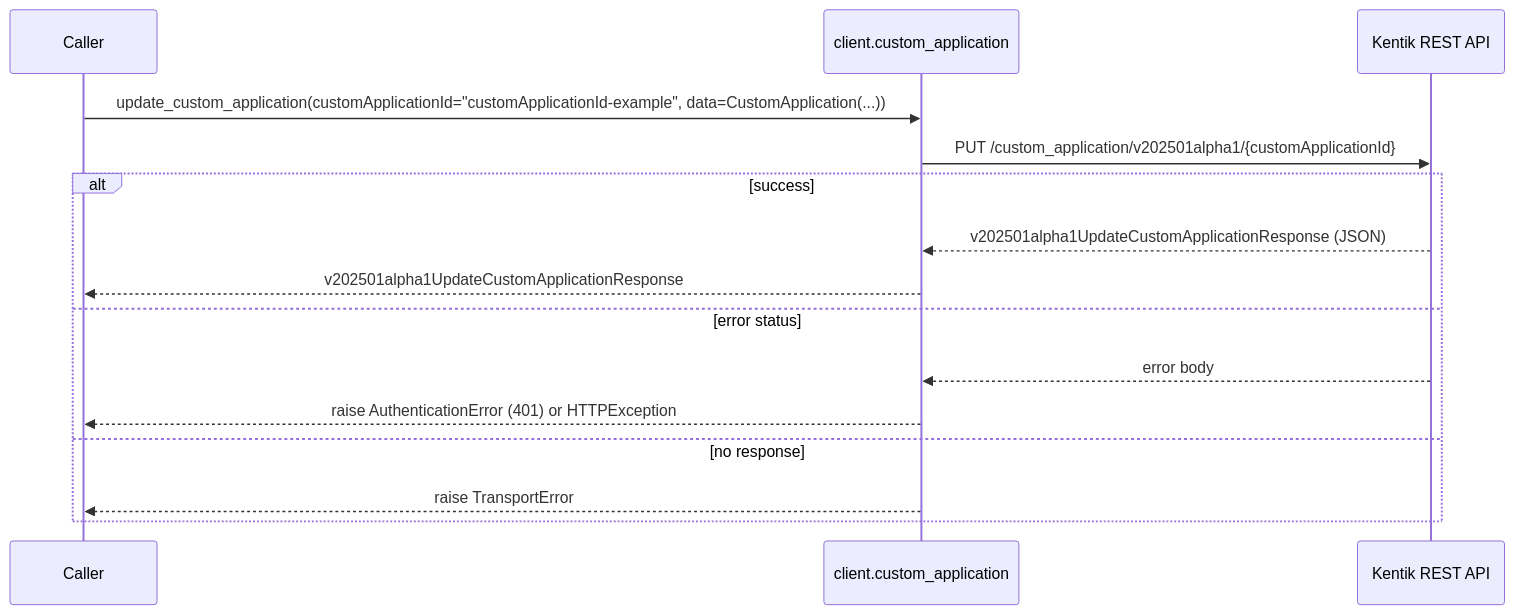
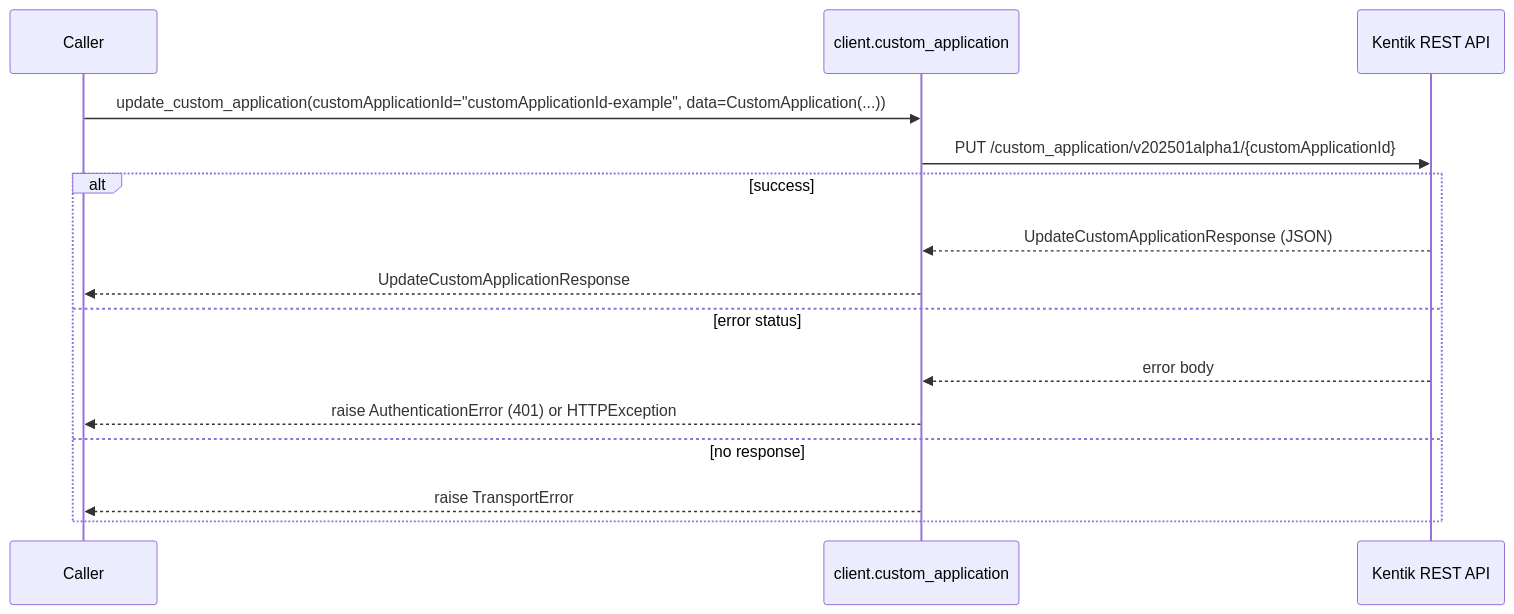
The eighth of 12 diagrams in docs/sphinx/services/custom_application.md (alexdearaujo/community_sdk_python), drawn with Mermaid before and after one commit. The commit also changed other lines of this file and 38 other files, not shown here.

````diff
--- a/docs/sphinx/services/custom_application.md
+++ b/docs/sphinx/services/custom_application.md
@@ -258,18 +258,18 @@
 ```mermaid
 sequenceDiagram
     participant C as Caller
     participant W as client.custom_application
     participant API as Kentik REST API
 
     C->>W: update_custom_application(customApplicationId="customApplicationId-example", data=CustomApplication(...))
     W->>API: PUT /custom_application/v202501alpha1/{customApplicationId}
     alt success
-        API-->>W: v202501alpha1UpdateCustomApplicationResponse (JSON)
-        W-->>C: v202501alpha1UpdateCustomApplicationResponse
+        API-->>W: UpdateCustomApplicationResponse (JSON)
+        W-->>C: UpdateCustomApplicationResponse
     else error status
         API-->>W: error body
         W-->>C: raise AuthenticationError (401) or HTTPException
     else no response
         W-->>C: raise TransportError
     end
 ```
````
